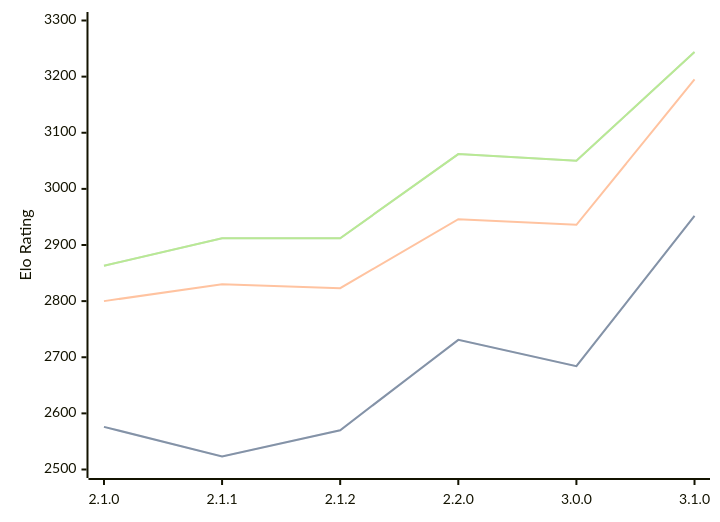
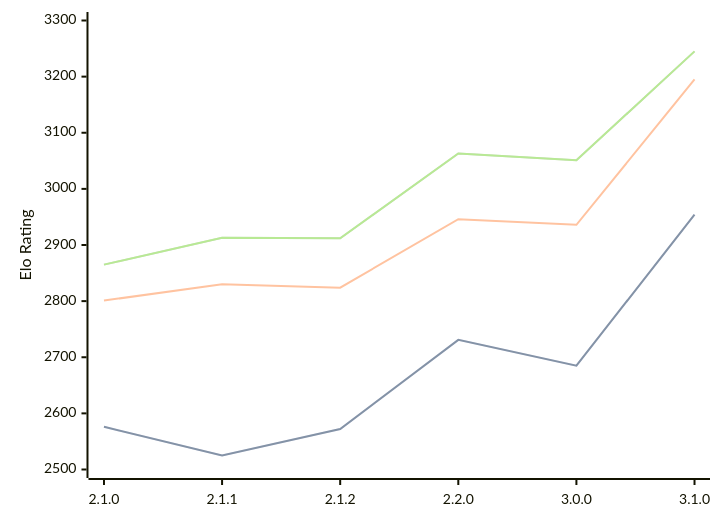
Before and after one commit to computer-chess-index/cci: the diagram in engines/Prune.md, drawn with Mermaid. The commit also changed other lines of this file, not shown here.

Commit message:
Update CCI Ratings (ELO VLTC) - 2026-02-18

````diff
--- a/engines/Prune.md
+++ b/engines/Prune.md
@@ -37,11 +37,11 @@
 ```mermaid
 %%{init: {"theme":"base","themeVariables":{"seriesColors:['#a3a3a3','#222221','#faa371']}}}%%
 xychart-beta
   x-axis ["2.1.0", "2.1.1", "2.1.2", "2.2.0", "3.0.0", "3.1.0"]
   y-axis "Elo Rating" 2500 --> 3300
-  line "STC (8.0+0.08s)" [2576, 2523, 2570, 2731, 2684, 2952]
-  line "STC (8.0+0.08s)" [2576, 2523, 2570, 2731, 2684, 2952]
-  line "LTC (60.0+0.60s)" [2800, 2830, 2823, 2946, 2936, 3195]
-  line "VLTC (2m24s+1.12s)" [2863, 2912, 2912, 3062, 3050, 3244]
-  line "VLTC (2m24s+1.12s)" [2863, 2912, 2912, 3062, 3050, 3244]
+  line "STC (8.0+0.08s)" [2576, 2525, 2572, 2731, 2685, 2954]
+  line "STC (8.0+0.08s)" [2576, 2525, 2572, 2731, 2685, 2954]
+  line "LTC (60.0+0.60s)" [2801, 2830, 2824, 2946, 2936, 3195]
+  line "VLTC (2m24s+1.12s)" [2865, 2913, 2912, 3063, 3051, 3245]
+  line "VLTC (2m24s+1.12s)" [2865, 2913, 2912, 3063, 3051, 3245]
 ```
````
